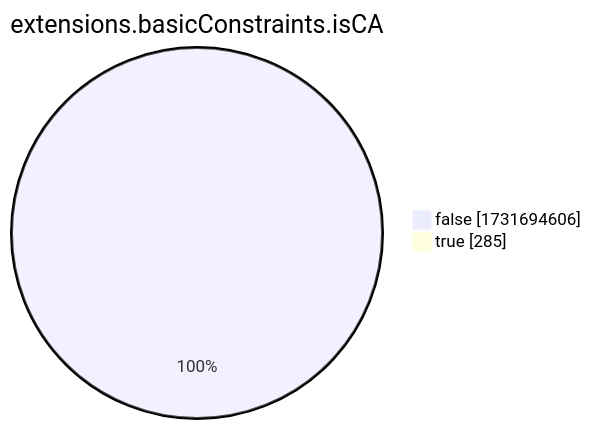
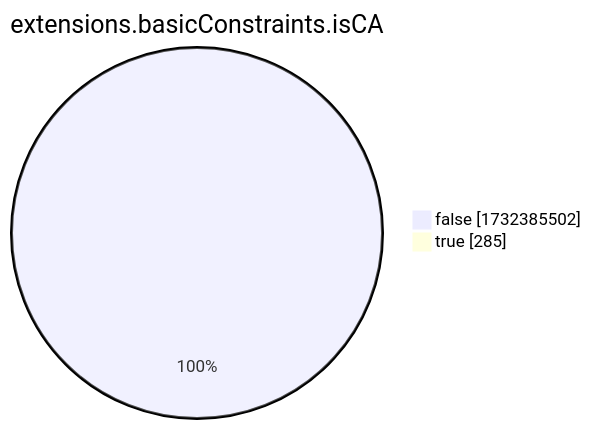
Before and after one commit to christiankrug/ctmonitor_visualization: the eighth of 15 diagrams in xenon2022/README.md, drawn with Mermaid. The commit also changed other lines of this file, not shown here.

````diff
--- a/xenon2022/README.md
+++ b/xenon2022/README.md
@@ -2867,6 +2867,6 @@
 ```mermaid
 pie showData
 title extensions.basicConstraints.isCA
-"false" :1731694606
+"false" :1732385502
 "true" :285
 ```
````
